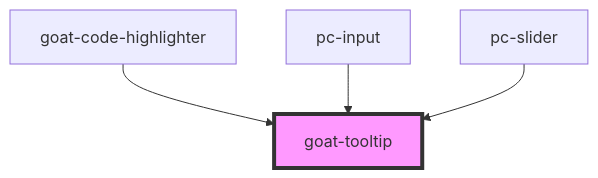
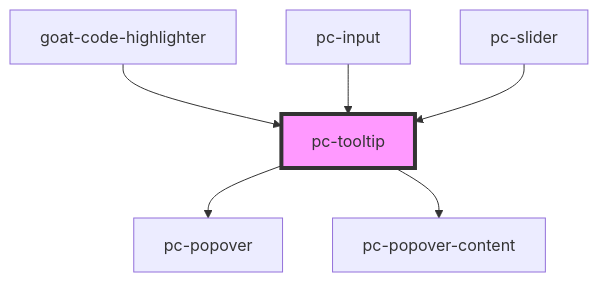
One commit to redvars/peacock changed the diagram in src/components/tooltip/readme.md. Above: the diagram before and after it, drawn with Mermaid. The commit also changed other lines of this file and 299 other files, not shown here.

````diff
--- a/src/components/tooltip/readme.md
+++ b/src/components/tooltip/readme.md
@@ -26,7 +31,9 @@
 ```mermaid
 graph TD;
-  goat-code-highlighter --> goat-tooltip
-  pc-input --> goat-tooltip
-  pc-slider --> goat-tooltip
-  style goat-tooltip fill:#f9f,stroke:#333,stroke-width:4px
+  pc-tooltip --> pc-popover
+  pc-tooltip --> pc-popover-content
+  goat-code-highlighter --> pc-tooltip
+  pc-input --> pc-tooltip
+  pc-slider --> pc-tooltip
+  style pc-tooltip fill:#f9f,stroke:#333,stroke-width:4px
 ```
````
